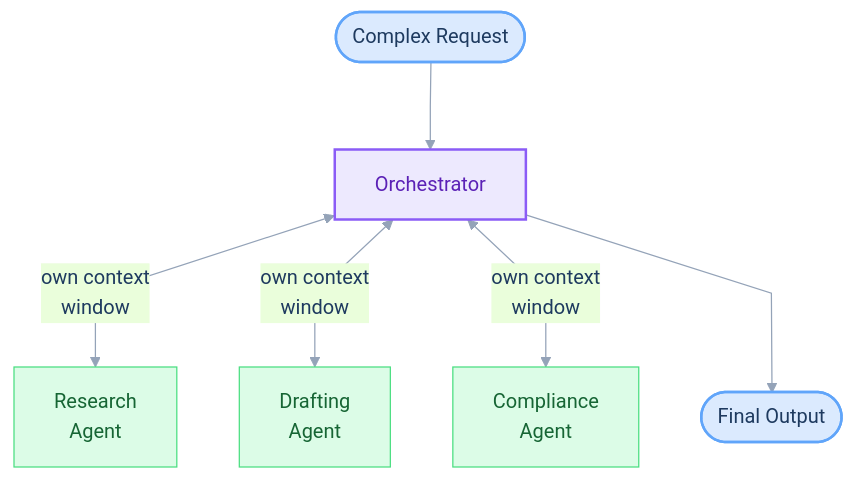
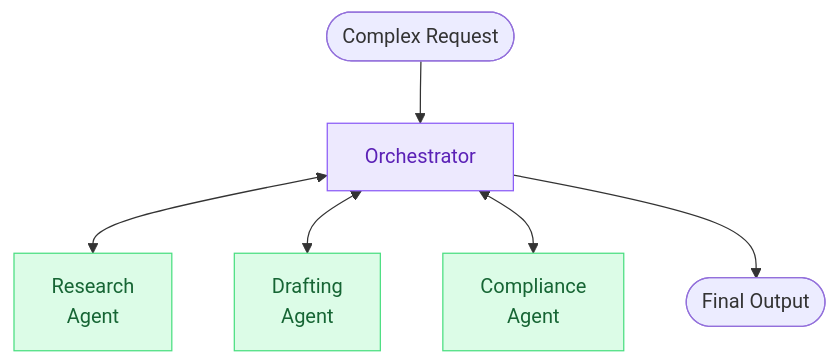
The fifth of 6 diagrams in agents/autonomy-levels/README.md (daveebbelaar/ai-cookbook), drawn with Mermaid before and after one commit. The commit also changed other lines of this file, not shown here.

Commit message:
Refactor README.md to simplify flowchart configurations and enhance clarity by removing redundant styling elements, improving readability of AI autonomy levels and orchestration details.

````diff
--- a/agents/autonomy-levels/README.md
+++ b/agents/autonomy-levels/README.md
@@ -187,28 +120,13 @@
 ```mermaid
----
-config:
-  theme: base
-  themeVariables:
-    primaryColor: "#dbeafe"
-    primaryTextColor: "#1e3a5f"
-    primaryBorderColor: "#93c5fd"
-    lineColor: "#94a3b8"
-  flowchart:
-    curve: linear
-    padding: 16
-    nodeSpacing: 50
-    rankSpacing: 70
----
 flowchart TB
-    IN(["Complex Request"]):::input --> ORCH["Orchestrator"]:::orch
+    IN(["Complex Request"]) --> ORCH["Orchestrator"]:::orch
 
-    ORCH <-->|"own context<br>window"| W1["Research<br>Agent"]:::agent
-    ORCH <-->|"own context<br>window"| W2["Drafting<br>Agent"]:::agent
-    ORCH <-->|"own context<br>window"| W3["Compliance<br>Agent"]:::agent
+    ORCH <--> W1["Research<br>Agent"]:::agent
+    ORCH <--> W2["Drafting<br>Agent"]:::agent
+    ORCH <--> W3["Compliance<br>Agent"]:::agent
 
-    ORCH --> OUT(["Final Output"]):::input
+    ORCH --> OUT(["Final Output"])
 
-    classDef input fill:#dbeafe,stroke:#60a5fa,color:#1e3a5f,stroke-width:2px
-    classDef orch fill:#ede9fe,stroke:#8b5cf6,color:#5b21b6,stroke-width:2px
-    classDef agent fill:#dcfce7,stroke:#4ade80,color:#166534,stroke-width:1px
+    classDef orch fill:#ede9fe,stroke:#8b5cf6,color:#5b21b6
+    classDef agent fill:#dcfce7,stroke:#4ade80,color:#166534
 ```
````
